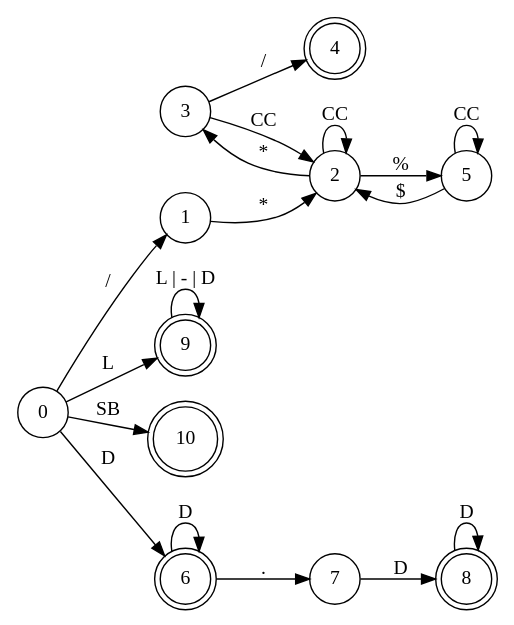
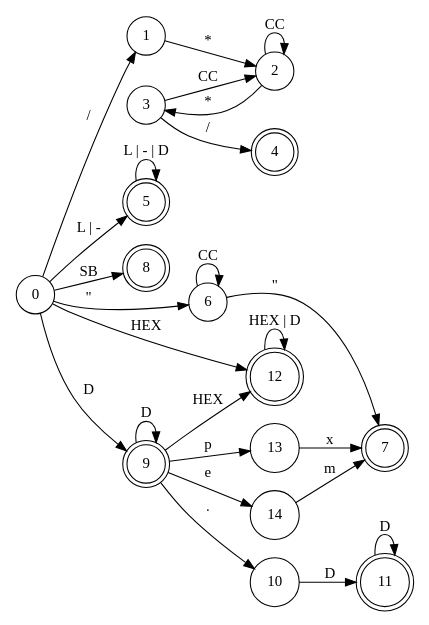
The diagram in automatacss.dot (pedromf80/OLC1_Proyecto1_201700656), drawn with Graphviz before and after one commit. The commit also changed 7 other files, not shown here.

```diff
--- a/automatacss.dot
+++ b/automatacss.dot
@@ -1,23 +1,30 @@
 digraph finite_state_machine {
 	rankdir=LR;
 	size="8,5"
-	node [shape = doublecircle]; 4 6 8 9 10 
+	node [shape = doublecircle]; 4 5 7 8 9 11 12
 	node [shape = circle];
 	0 -> 1 [ label = "/" ];
 	1 -> 2 [ label = "*" ];
-    2 -> 2 [ label = "CC" ];
-    2 -> 3 [ label = "*" ];
-    3 -> 4 [ label = "/" ];
-    2 -> 5 [ label = "%" ];
-    5 -> 5 [ label = "CC" ];
-    5 -> 2 [ label = "$" ];
-    3 -> 2 [ label = "CC" ];
-    0 -> 6 [ label = "D"];
-    6 -> 6 [ label = "D"];
-    6 -> 7 [ label = "."];
-    7 -> 8 [ label = "D"];
-    8 -> 8 [ label = "D"];
-    0 -> 9 [ label = "L"];
-    9 -> 9 [ label = "L | - | D"];
-    0 -> 10 [label = "SB"]    
+    2 -> 2 [ label = "CC"];
+    2 -> 3 [ label = "*"];
+    3 -> 2 [ label = "CC"];
+    3 -> 4 [ label = "/"];
+    0 -> 5 [ label = "L | -"];
+    5 -> 5 [ label = "L | - | D"];
+    0 -> 6 [ label = "\""];
+    6 -> 6 [ label = "CC"];
+    6 -> 7 [ label = "\""];
+    0 -> 8 [ label = "SB"];
+    0 -> 9 [ label = "D"];
+    9 -> 9 [ label = "D"];
+    9 -> 10 [ label = "."];
+    10 -> 11 [ label = "D"];
+    11 -> 11 [ label = "D"]; 
+    9 -> 12 [ label = "HEX"];
+    12 -> 12 [ label = "HEX | D"];
+    0 -> 12 [ label = "HEX"];
+    9 -> 13 [ label = "p"];
+    13 -> 7 [ label = "x"];
+    9 -> 14 [ label = "e"];
+    14 -> 7 [ label = "m"];
 }
```
